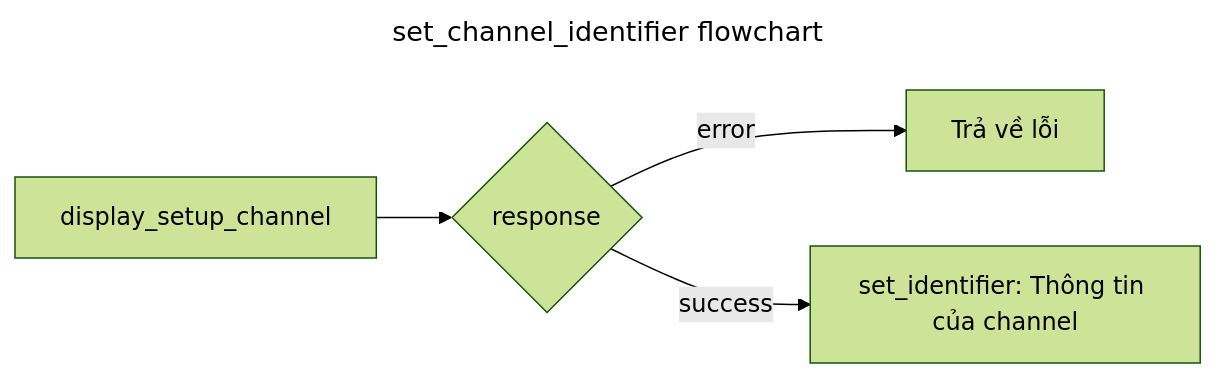
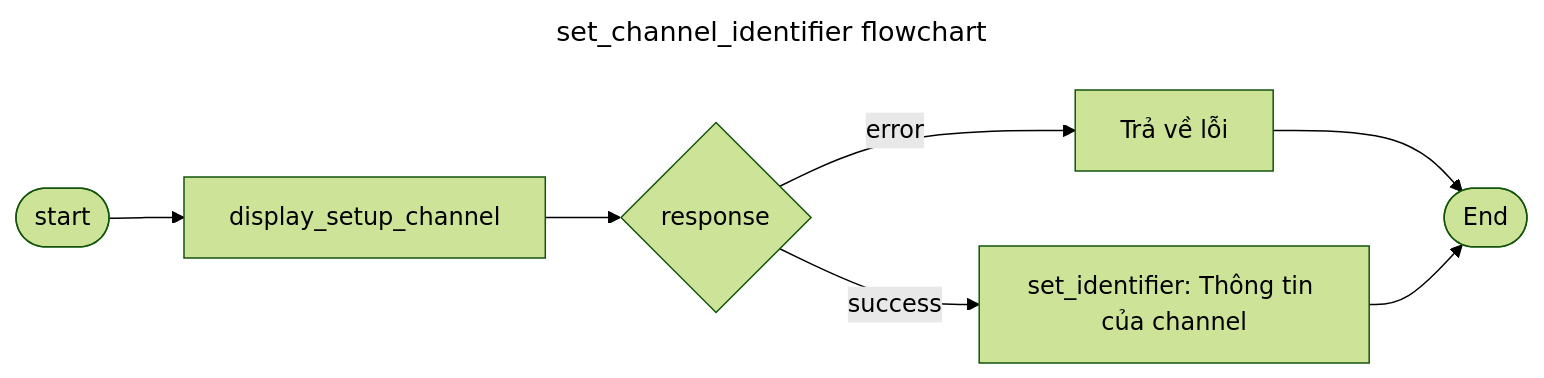
One commit to WuzenLiz/markdown changed the second of 10 diagrams in pseudoAllFunction.md. Above: the diagram before and after it, drawn with Mermaid. The commit also changed other lines of this file, not shown here.

Commit message:
update graph

````diff
--- a/pseudoAllFunction.md
+++ b/pseudoAllFunction.md
@@ -38,12 +38,12 @@
 ```mermaid 
 ---
 title: set_channel_identifier flowchart
 config: 
     theme: forest
     curve: basis
 ---
 flowchart LR
-A[display_setup_channel] --> b{response}
-b --> |error| c[Trả về lỗi]
-b --> |success| d[set_identifier: Thông tin của channel]
+    Start([start]) --> A[display_setup_channel] --> b{response}
+    b --> |error| c[Trả về lỗi] --> End([End])
+    b --> |success| d[set_identifier: Thông tin của channel] --> End
 ```
````
